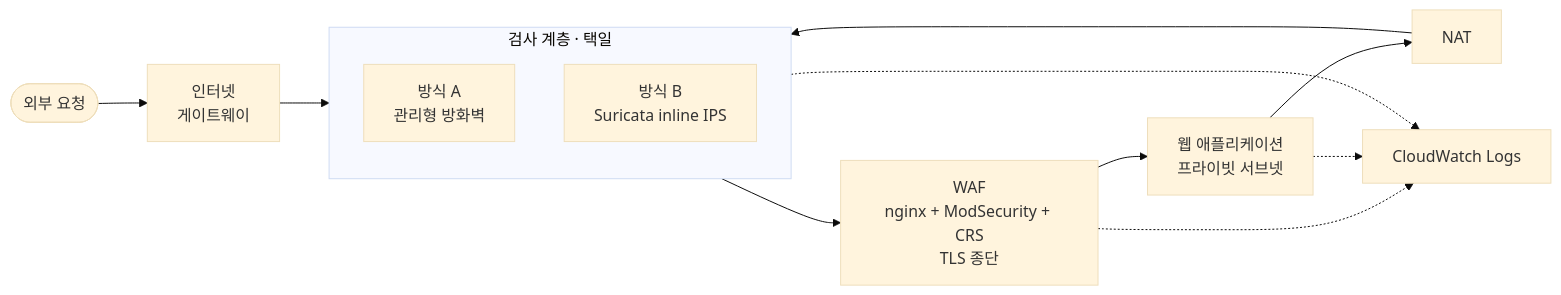
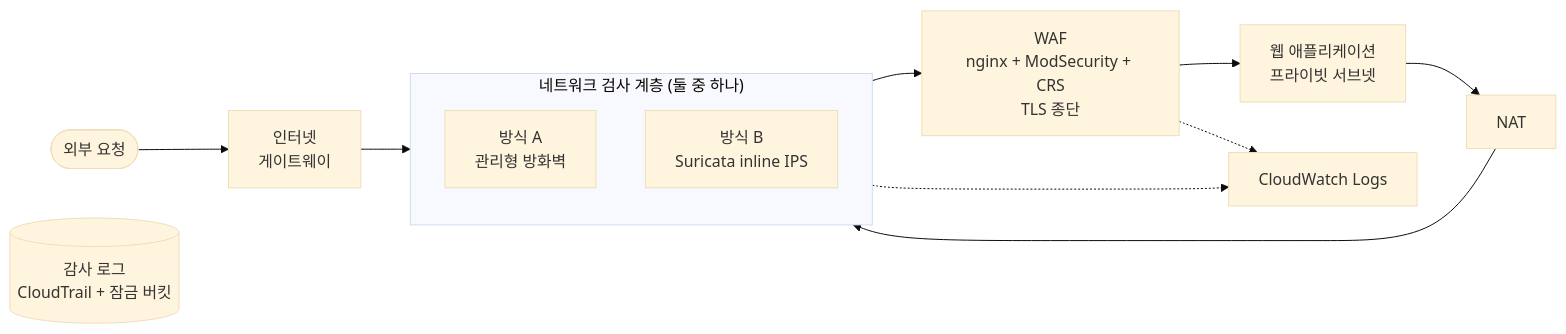
One commit to Daniel-810/aws-soc-lab-terraform changed the diagram in README.md. Above: the diagram before and after it, drawn with Mermaid (base theme). The commit also changed other lines of this file and 1 other file, not shown here.

````diff
--- a/README.md
+++ b/README.md
@@ -31,22 +28,22 @@
 ```mermaid
 flowchart LR
     user(["외부 요청"])
     igw["인터넷<br/>게이트웨이"]
 
-    subgraph insp["검사 계층 · 택일"]
+    subgraph insp["네트워크 검사 계층 (둘 중 하나)"]
         direction TB
         a["방식 A<br/>관리형 방화벽"]
         b["방식 B<br/>Suricata inline IPS"]
     end
 
     waf["WAF<br/>nginx + ModSecurity + CRS<br/>TLS 종단"]
     app["웹 애플리케이션<br/>프라이빗 서브넷"]
     nat["NAT"]
     cw["CloudWatch Logs"]
+    audit[("감사 로그<br/>CloudTrail + 잠금 버킷")]
 
     user --> igw --> insp --> waf --> app
     app --> nat --> insp
     waf -.-> cw
     insp -.-> cw
-    app -.-> cw
 ```
````
